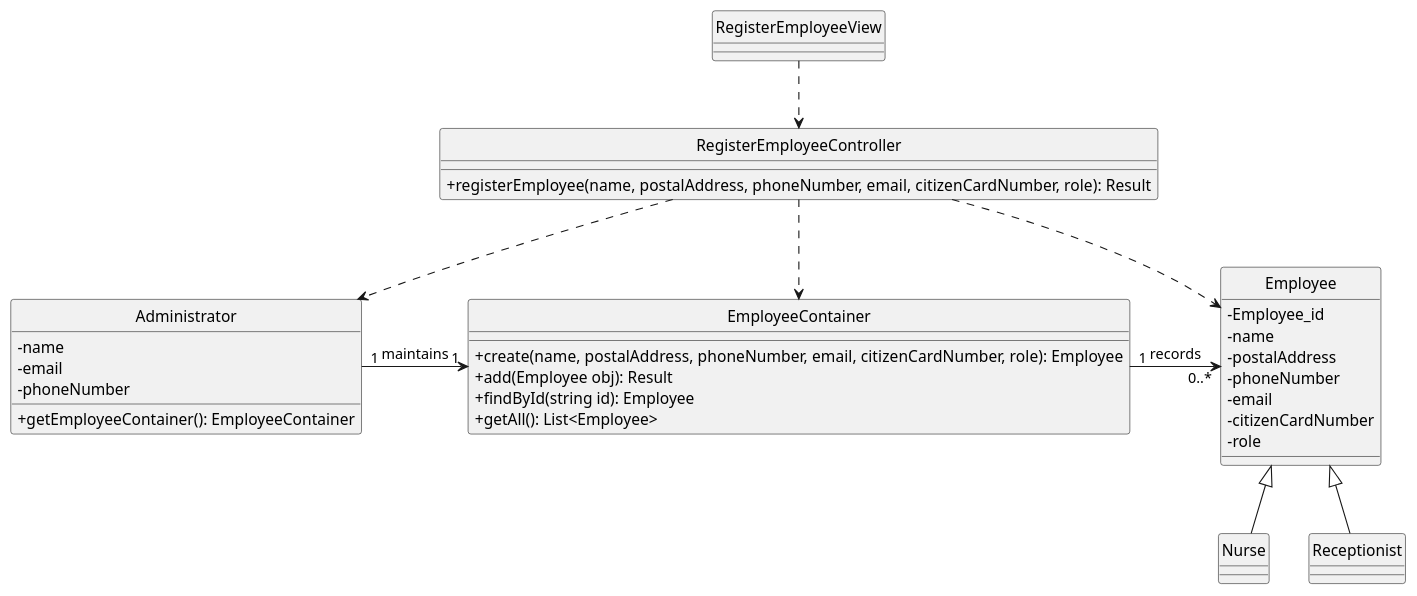
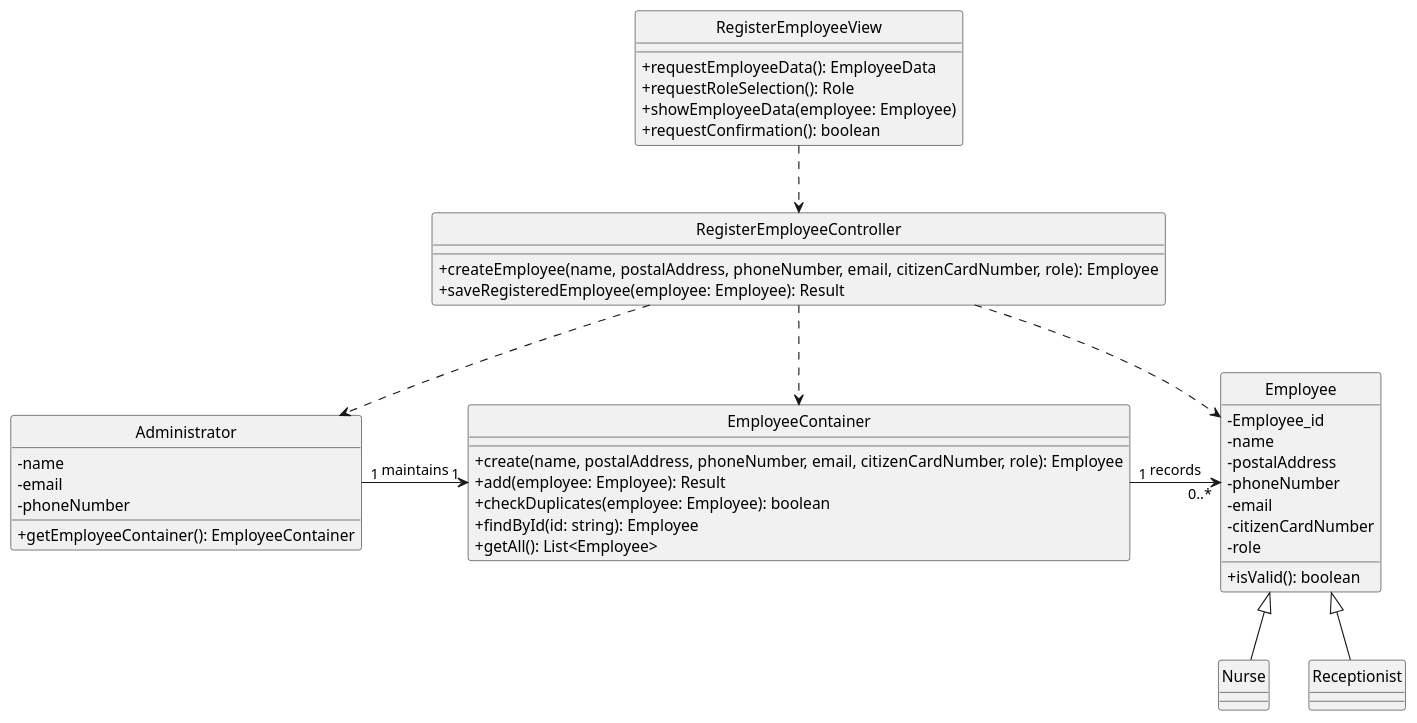
The diagram in docs/Sprint2/US14/puml/US14-CD.puml (Parafita123/leti-esoft-25-26-B1), drawn with PlantUML before and after one commit. The commit also changed 6 other files, not shown here.

```diff
--- a/docs/Sprint2/US14/puml/US14-CD.puml
+++ b/docs/Sprint2/US14/puml/US14-CD.puml
@@ -1,55 +1,60 @@
 @startuml
-'https://plantuml.com/class-diagram
-
 hide circle
 skinparam classAttributeIconSize 0
 
 class RegisterEmployeeView {
+    +requestEmployeeData(): EmployeeData
+    +requestRoleSelection(): Role
+    +showEmployeeData(employee: Employee)
+    +requestConfirmation(): boolean
 }
 
 class RegisterEmployeeController {
-    +registerEmployee(name, postalAddress, phoneNumber, email, citizenCardNumber, role): Result
+    +createEmployee(name, postalAddress, phoneNumber, email, citizenCardNumber, role): Employee
+    +saveRegisteredEmployee(employee: Employee): Result
 }
 
 class Administrator {
     - name
     - email
     - phoneNumber
     +getEmployeeContainer(): EmployeeContainer
 }
 
 class EmployeeContainer {
     +create(name, postalAddress, phoneNumber, email, citizenCardNumber, role): Employee
-    +add(Employee obj): Result
-    +findById(string id): Employee
+    +add(employee: Employee): Result
+    +checkDuplicates(employee: Employee): boolean
+    +findById(id: string): Employee
     +getAll(): List<Employee>
 }
 
 class Employee {
     -Employee_id
     - name
     - postalAddress
     - phoneNumber
     - email
     - citizenCardNumber
     - role
+    +isValid(): boolean
 }
 
 class Nurse {
 }
 
 class Receptionist {
 }
 
 Employee <|-- Nurse
 Employee <|-- Receptionist
 
-Administrator "1" -right-> "1" EmployeeContainer: maintains
-EmployeeContainer "1" -right-> "0..*" Employee: records
+Administrator "1" -right-> "1" EmployeeContainer : maintains
+EmployeeContainer "1" -right-> "0..*" Employee : records
 
 RegisterEmployeeView ..> RegisterEmployeeController
 RegisterEmployeeController ..> Administrator
 RegisterEmployeeController ..> EmployeeContainer
 RegisterEmployeeController ..> Employee
 
 @enduml
```
